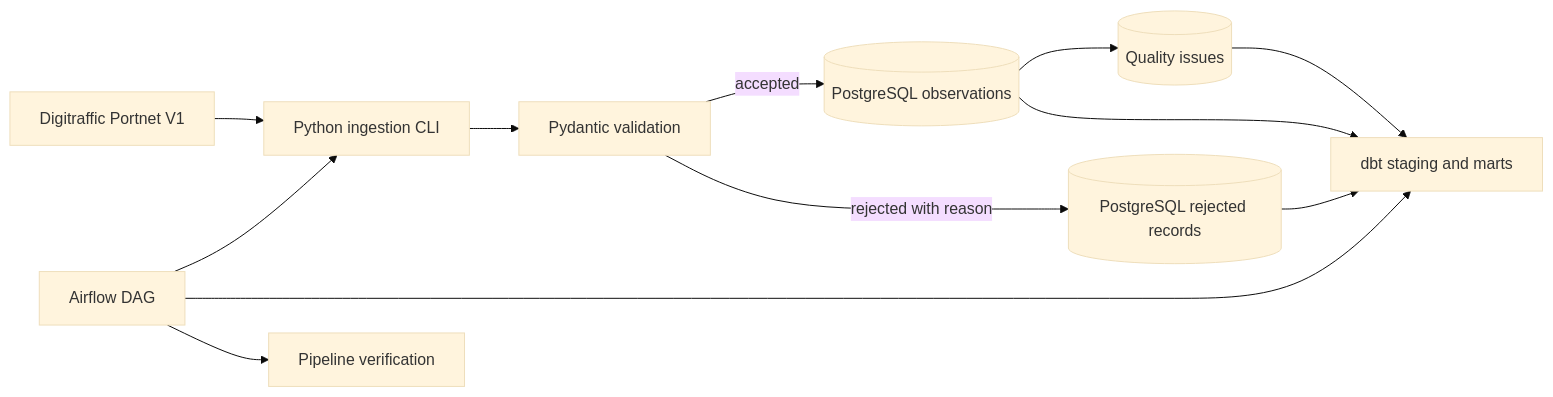
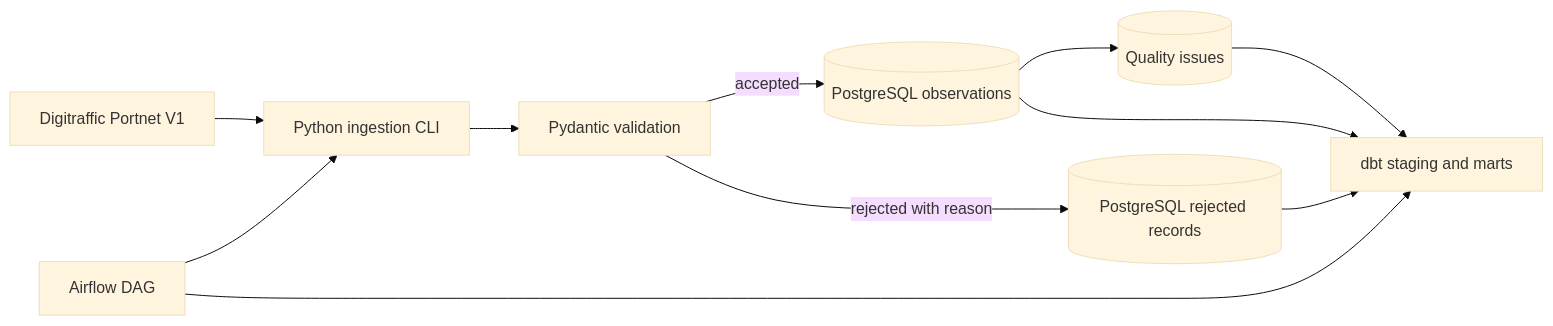
One commit to aminnkhann/PortPulse changed the first of 3 diagrams in ARCHITECTURE.md. Above: the diagram before and after it, drawn with Mermaid (base theme). The commit also changed other lines of this file and 6 other files, not shown here.

Commit message:
refactor: make dbt tests the DAG verification boundary

````diff
--- a/ARCHITECTURE.md
+++ b/ARCHITECTURE.md
@@ -7,14 +7,13 @@
 ```mermaid
 flowchart LR
     API[Digitraffic Portnet V1] --> CLI[Python ingestion CLI]
     CLI --> VAL[Pydantic validation]
     VAL -->|accepted| OBS[(PostgreSQL observations)]
     VAL -->|rejected with reason| REJ[(PostgreSQL rejected records)]
     OBS --> ISSUE[(Quality issues)]
     OBS --> DBT[dbt staging and marts]
     REJ --> DBT
     ISSUE --> DBT
     DAG[Airflow DAG] --> CLI
     DAG --> DBT
-    DAG --> VERIFY[Pipeline verification]
 ```
````
